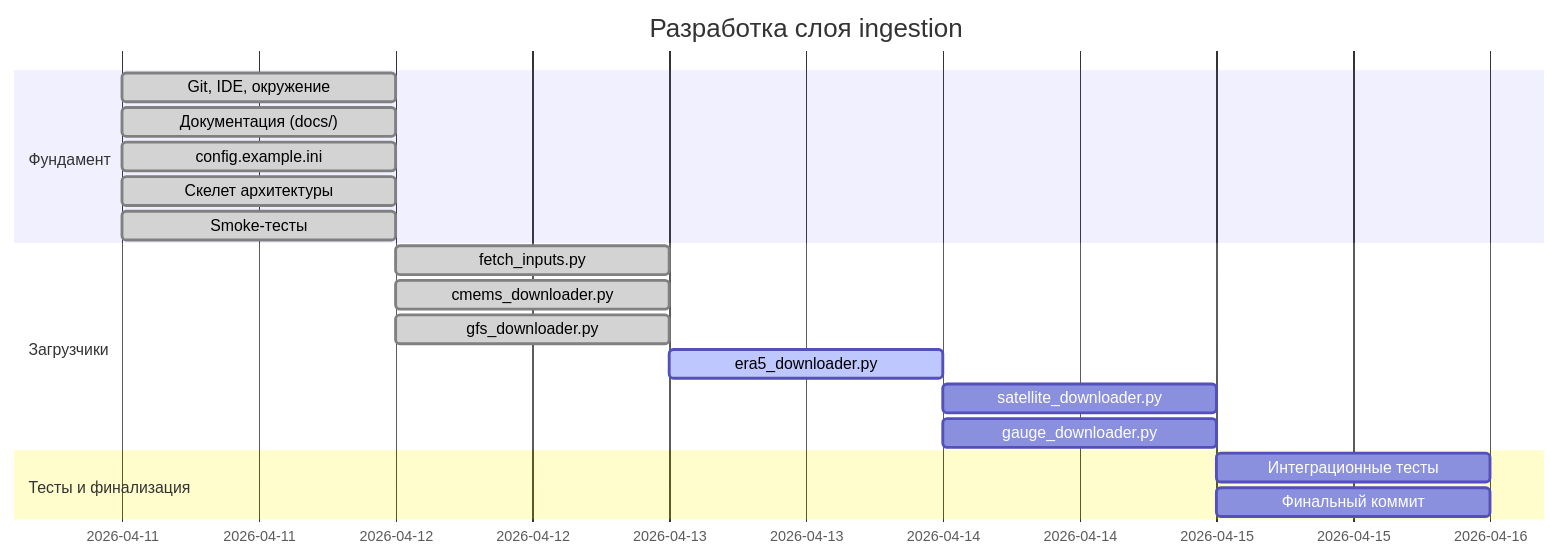
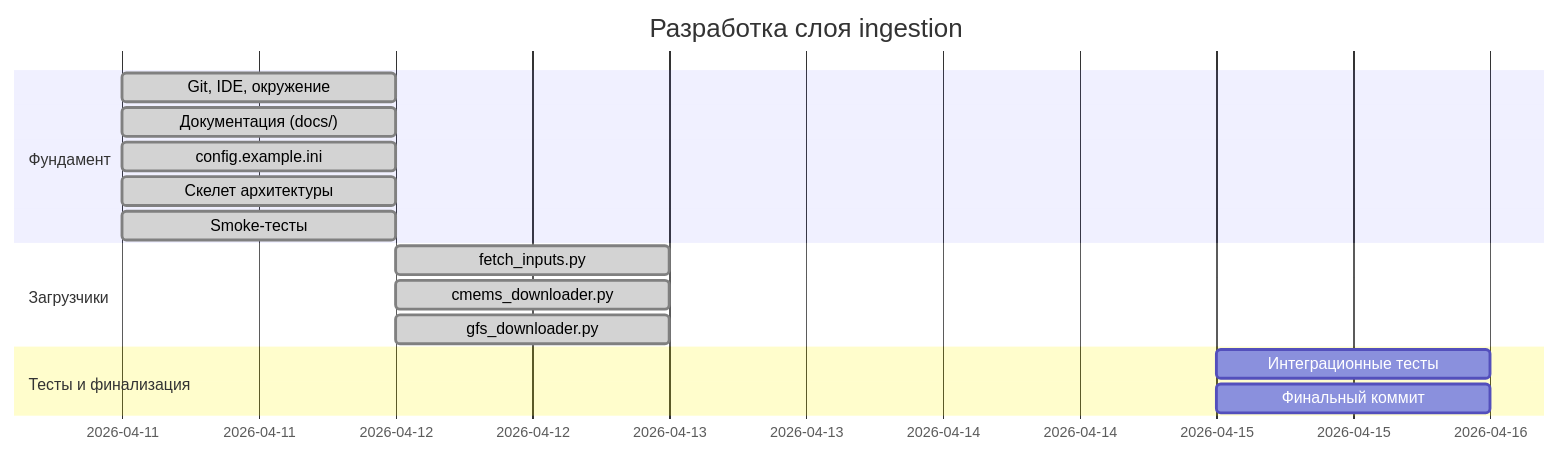
The first of 2 diagrams in docs/project_progress.md (zubkovfpk/hydromet_bulletin), drawn with Mermaid before and after one commit. The commit also changed other lines of this file, not shown here.

````diff
--- a/docs/project_progress.md
+++ b/docs/project_progress.md
@@ -5,21 +5,18 @@
 ```mermaid
 gantt
     title Разработка слоя ingestion
     dateFormat  YYYY-MM-DD
     section Фундамент
     Git, IDE, окружение        :done, 2026-04-11, 1d
     Документация (docs/)       :done, 2026-04-11, 1d
     config.example.ini         :done, 2026-04-11, 1d
     Скелет архитектуры         :done, 2026-04-11, 1d
     Smoke-тесты                :done, 2026-04-11, 1d
     section Загрузчики
     fetch_inputs.py            :done, 2026-04-12, 1d
     cmems_downloader.py        :done, 2026-04-12, 1d
     gfs_downloader.py          :done, 2026-04-12, 1d
-    era5_downloader.py         :active, 2026-04-13, 1d
-    satellite_downloader.py    :2026-04-14, 1d
-    gauge_downloader.py        :2026-04-14, 1d
     section Тесты и финализация
     Интеграционные тесты       :2026-04-15, 1d
     Финальный коммит           :2026-04-15, 1d
 ```
````
